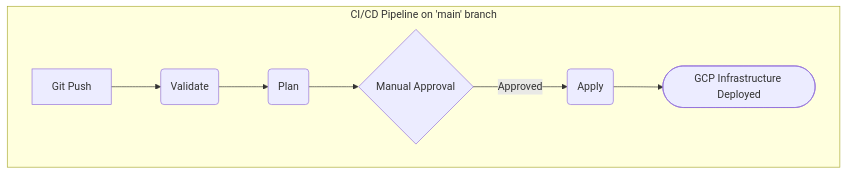
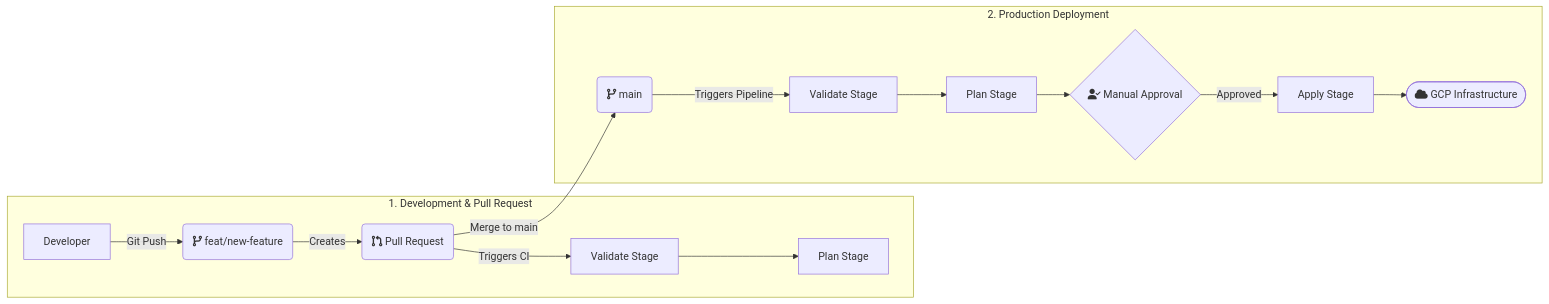
The diagram in README.md (amitbarai1992/Terraform-on-GCP-with-ADO), drawn with Mermaid before and after one commit. The commit also changed other lines of this file, not shown here.

Commit message:
updated readme.md [skip ci]

````diff
--- a/README.md
+++ b/README.md
@@ -18,10 +18,18 @@
 ```mermaid
-graph TD
-    subgraph "CI/CD Pipeline on 'main' branch"
-        A[Git Push] --> B(Validate);
-        B --> C(Plan);
-        C --> D{Manual Approval};
-        D -- Approved --> E(Apply);
-        E --> F([GCP Infrastructure Deployed]);
+graph LR
+    subgraph "1. Development & Pull Request"
+        Dev[Developer] -- Git Push --> Branch(fa:fa-code-branch feat/new-feature);
+        Branch -- Creates --> PR(fa:fa-code-pull-request Pull Request);
+        PR -- Triggers CI --> Validate[Validate Stage];
+        Validate --> Plan[Plan Stage];
+    end
+
+    subgraph "2. Production Deployment"
+        PR -- Merge to main --> Main(fa:fa-code-branch main);
+        Main -- Triggers Pipeline --> Validate2[Validate Stage];
+        Validate2 --> Plan2[Plan Stage];
+        Plan2 --> Approval{fa:fa-user-check Manual Approval};
+        Approval -- Approved --> Apply[Apply Stage];
+        Apply --> GCP([fa:fa-cloud GCP Infrastructure]);
     end
 ```
````
